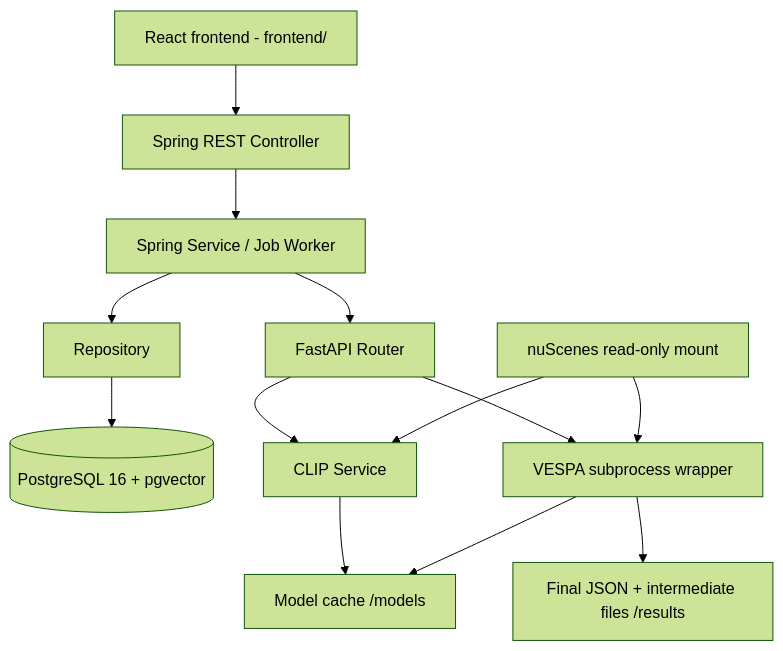
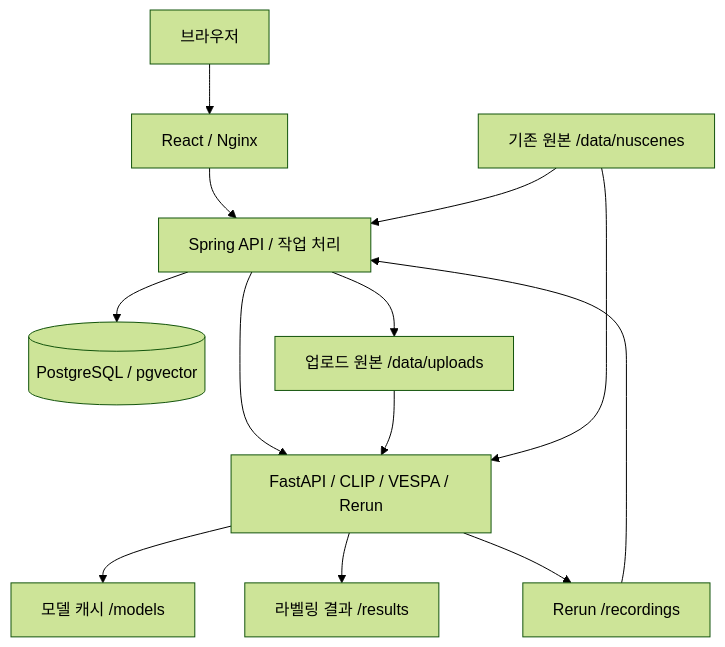
Before and after one commit to leehyeoksu/DriveScene2Label: the diagram in README.md, drawn with Mermaid (forest theme). The commit also changed other lines of this file and 8 other files, not shown here.

````diff
--- a/README.md
+++ b/README.md
@@ -104,15 +137,15 @@
 ```mermaid
 flowchart TD
- F[React frontend - frontend/] --> C[Spring REST Controller]
- C --> S[Spring Service / Job Worker]
- S --> R[Repository]
- R --> DB[(PostgreSQL 16 + pgvector)]
- S --> A[FastAPI Router]
- A --> CLIP[CLIP Service]
- A --> V[VESPA subprocess wrapper]
- DATA[nuScenes read-only mount] --> CLIP
- DATA --> V
- V --> OUT[Final JSON + intermediate files /results]
- CLIP --> CACHE[Model cache /models]
- V --> CACHE
+ Browser[브라우저] --> Frontend[React / Nginx]
+ Frontend --> Backend[Spring API / 작업 처리]
+ Backend --> DB[(PostgreSQL / pgvector)]
+ Backend --> Uploads[업로드 원본 /data/uploads]
+ Backend --> AI[FastAPI / CLIP / VESPA / Rerun]
+ Uploads --> AI
+ Mounted[기존 원본 /data/nuscenes] --> Backend
+ Mounted --> AI
+ AI --> Models[모델 캐시 /models]
+ AI --> Results[라벨링 결과 /results]
+ AI --> Recordings[Rerun /recordings]
+ Recordings --> Backend
 ```
````
